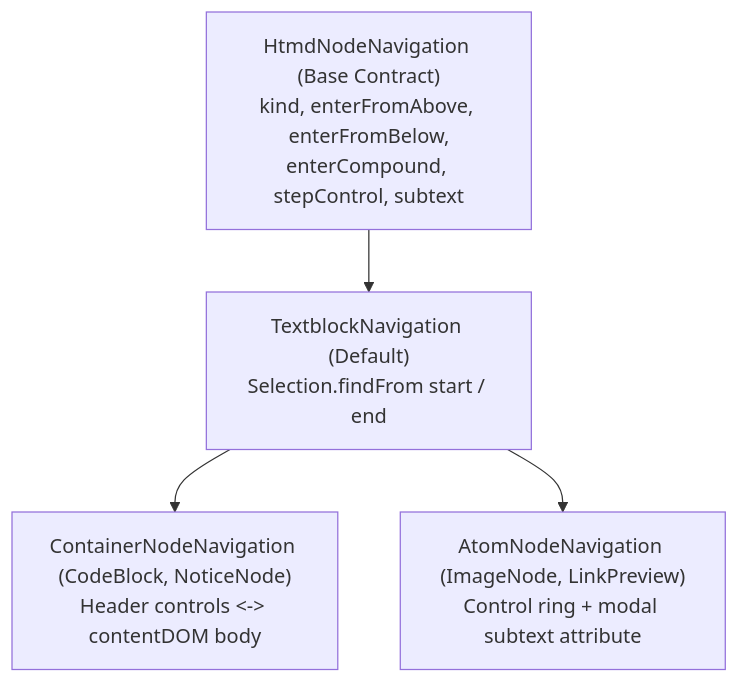
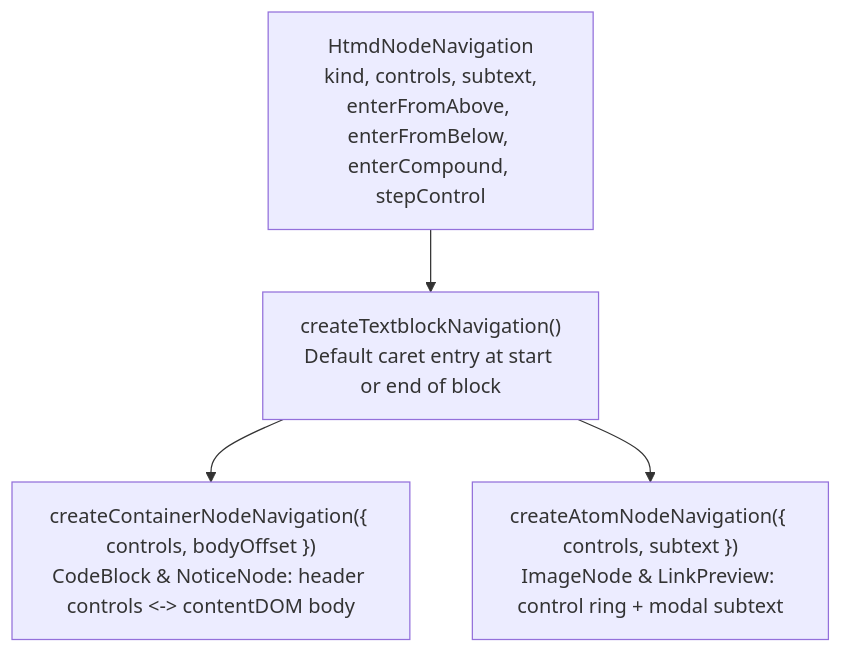
The sixth of 8 diagrams in docs/architecture/htmd-ts/editor-extensions.md (hypertextual/hypertextual), drawn with Mermaid before and after one commit. The commit also changed other lines of this file and 4 other files, not shown here.

Commit message:
docs(architecture): rewrite editor and extension docs in simple English with diagrams and tables

````diff
--- a/docs/architecture/htmd-ts/editor-extensions.md
+++ b/docs/architecture/htmd-ts/editor-extensions.md
@@ -320,10 +227,10 @@
 ```mermaid
 flowchart TD
-    Base["HtmdNodeNavigation (Base Contract)<br/>kind, enterFromAbove, enterFromBelow,<br/>enterCompound, stepControl, subtext"]
-    Textblock["TextblockNavigation (Default)<br/>Selection.findFrom start / end"]
-    Container["ContainerNodeNavigation (CodeBlock, NoticeNode)<br/>Header controls <-> contentDOM body"]
-    Atom["AtomNodeNavigation (ImageNode, LinkPreview)<br/>Control ring + modal subtext attribute"]
+    Base["HtmdNodeNavigation<br/>kind, controls, subtext,<br/>enterFromAbove, enterFromBelow, enterCompound, stepControl"]
+    Text["createTextblockNavigation()<br/>Default caret entry at start or end of block"]
+    Cont["createContainerNodeNavigation({ controls, bodyOffset })<br/>CodeBlock & NoticeNode: header controls <-> contentDOM body"]
+    Atom["createAtomNodeNavigation({ controls, subtext })<br/>ImageNode & LinkPreview: control ring + modal subtext"]
 
-    Base --> Textblock
-    Textblock --> Container & Atom
+    Base --> Text
+    Text --> Cont & Atom
 ```
````
